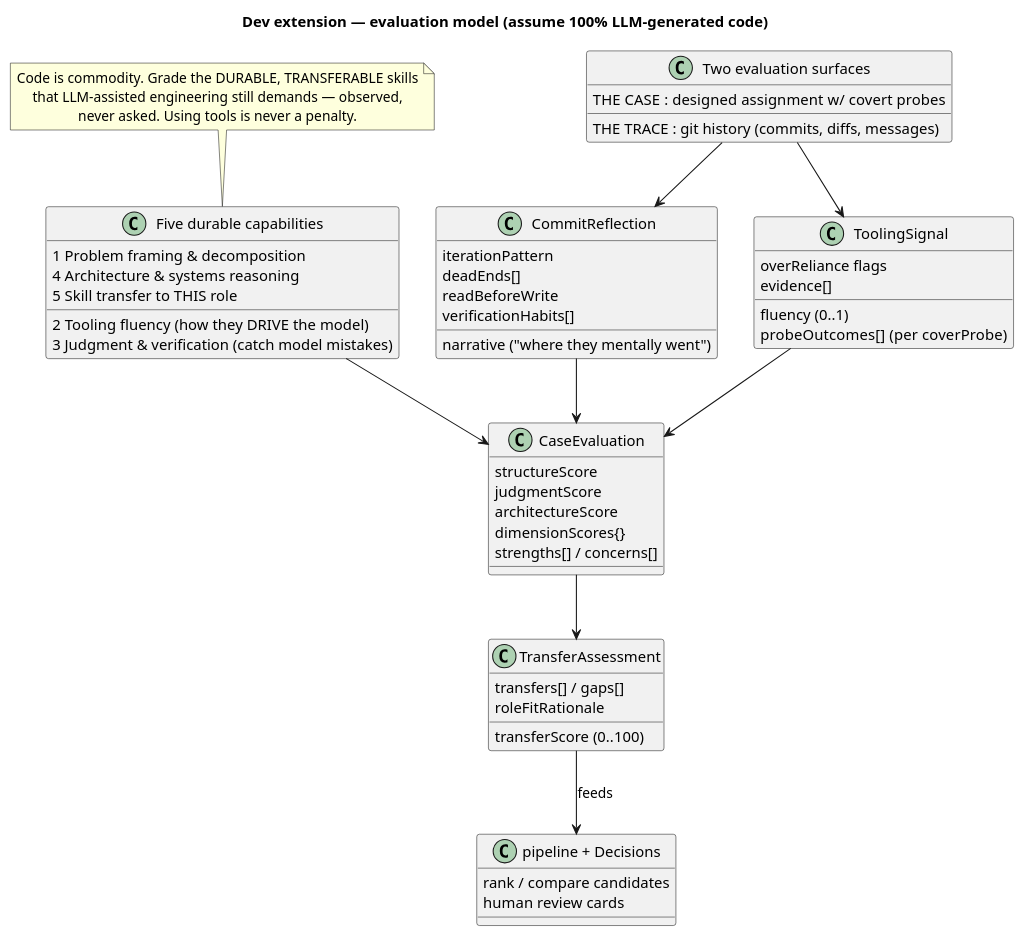
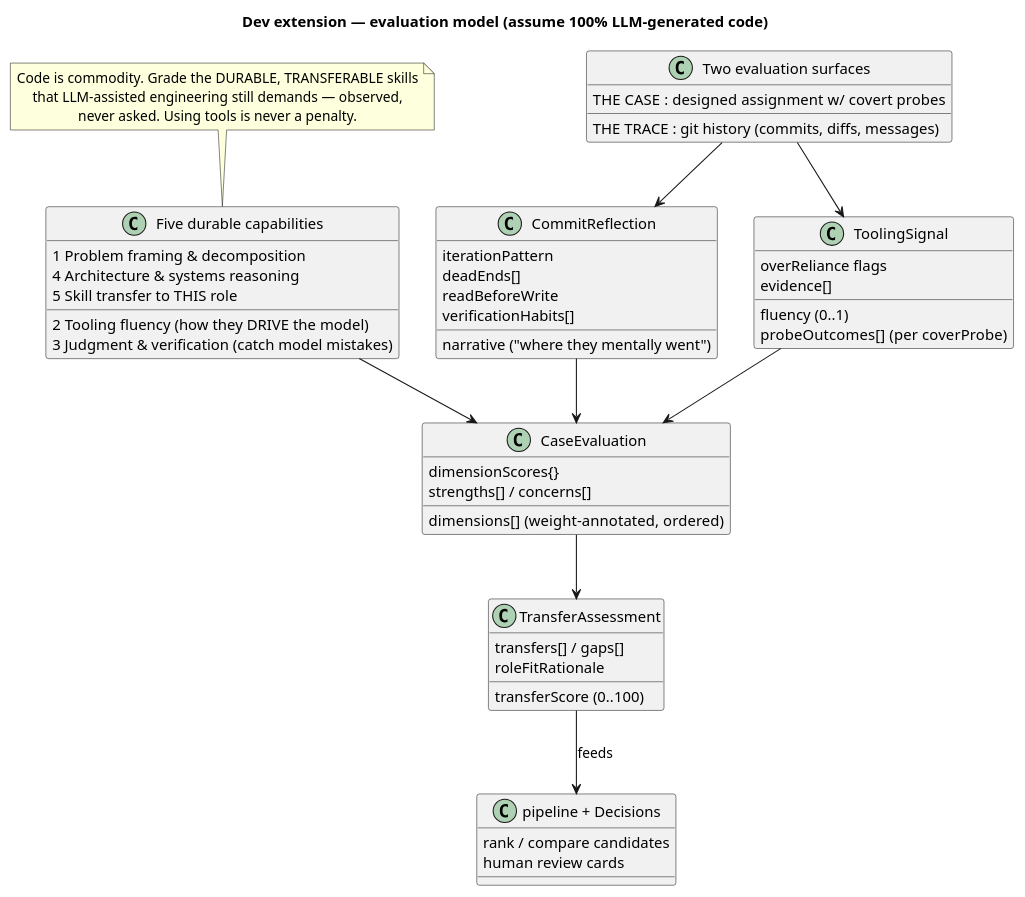
The diagram in docs/diagrams/14-dev-evaluation-model.puml (xkazm04/kp), drawn with PlantUML before and after one commit. The commit also changed 261 other files, not shown here.

```diff
--- a/docs/diagrams/14-dev-evaluation-model.puml
+++ b/docs/diagrams/14-dev-evaluation-model.puml
@@ -1,69 +1,67 @@
 @startuml dev-evaluation-model
 title Dev extension — evaluation model (assume 100% LLM-generated code)
 
 skinparam shadowing false
 skinparam defaultTextAlignment center
 skinparam classAttributeIconSize 0
 
 note as N1
   Code is commodity. Grade the DURABLE, TRANSFERABLE skills
   that LLM-assisted engineering still demands — observed,
   never asked. Using tools is never a penalty.
 end note
 
 class "Two evaluation surfaces" as surfaces {
   THE CASE  : designed assignment w/ covert probes
   THE TRACE : git history (commits, diffs, messages)
 }
 
 class CaseEvaluation {
-  structureScore
-  judgmentScore
-  architectureScore
   dimensionScores{}
+  dimensions[]  (weight-annotated, ordered)
   strengths[] / concerns[]
 }
 
 class CommitReflection {
   narrative ("where they mentally went")
   iterationPattern
   deadEnds[]
   readBeforeWrite
   verificationHabits[]
 }
 
 class ToolingSignal {
   fluency (0..1)
   probeOutcomes[]  (per coverProbe)
   overReliance flags
   evidence[]
 }
 
 class TransferAssessment {
   transferScore (0..100)
   transfers[] / gaps[]
   roleFitRationale
 }
 
 class "Five durable capabilities" as caps {
   1 Problem framing & decomposition
   2 Tooling fluency (how they DRIVE the model)
   3 Judgment & verification (catch model mistakes)
   4 Architecture & systems reasoning
   5 Skill transfer to THIS role
 }
 
 class "pipeline + Decisions" as sink {
   rank / compare candidates
   human review cards
 }
 
 surfaces --> CommitReflection
 surfaces --> ToolingSignal
 CommitReflection --> CaseEvaluation
 ToolingSignal --> CaseEvaluation
 CaseEvaluation --> TransferAssessment
 caps --> CaseEvaluation
 TransferAssessment --> sink : feeds
 N1 .. caps
 @enduml
```
